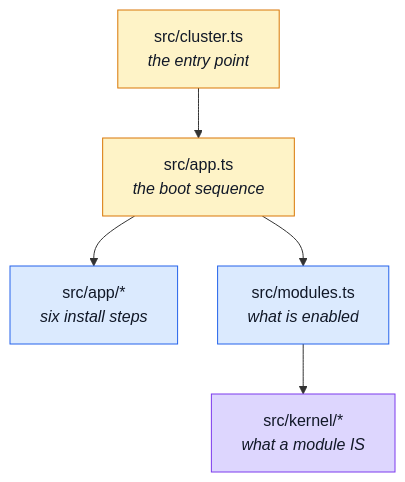
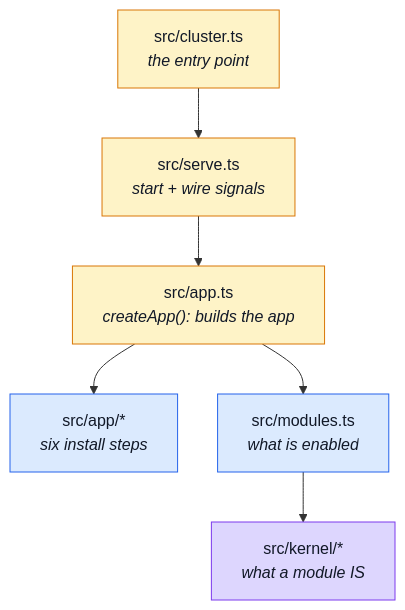
Before and after one commit to Guebbit/boilerplate-node-backend: the diagram in docs/reference/src-app.md, drawn with Mermaid. The commit also changed other lines of this file and 21 other files, not shown here.

````diff
--- a/docs/reference/src-app.md
+++ b/docs/reference/src-app.md
@@ -13,15 +13,16 @@
 ```mermaid
 %%{init: {'flowchart': {'nodeSpacing': 40, 'rankSpacing': 50}}}%%
 flowchart TD
-    Cluster["src/cluster.ts<br/><i>the entry point</i>"] --> App["src/app.ts<br/><i>the boot sequence</i>"]
+    Cluster["src/cluster.ts<br/><i>the entry point</i>"] --> Serve["src/serve.ts<br/><i>start + wire signals</i>"]
+    Serve --> App["src/app.ts<br/><i>createApp(): builds the app</i>"]
     App --> Install["src/app/*<br/><i>six install steps</i>"]
     App --> Mods["src/modules.ts<br/><i>what is enabled</i>"]
     Mods --> Kernel["src/kernel/*<br/><i>what a module IS</i>"]
 
     classDef boot fill:#fef3c7,stroke:#d97706,color:#111827;
     classDef asm fill:#dbeafe,stroke:#2563eb,color:#111827;
     classDef ker fill:#ddd6fe,stroke:#7c3aed,color:#111827;
-    class Cluster,App boot;
+    class Cluster,Serve,App boot;
     class Install,Mods asm;
     class Kernel ker;
 ```
````
